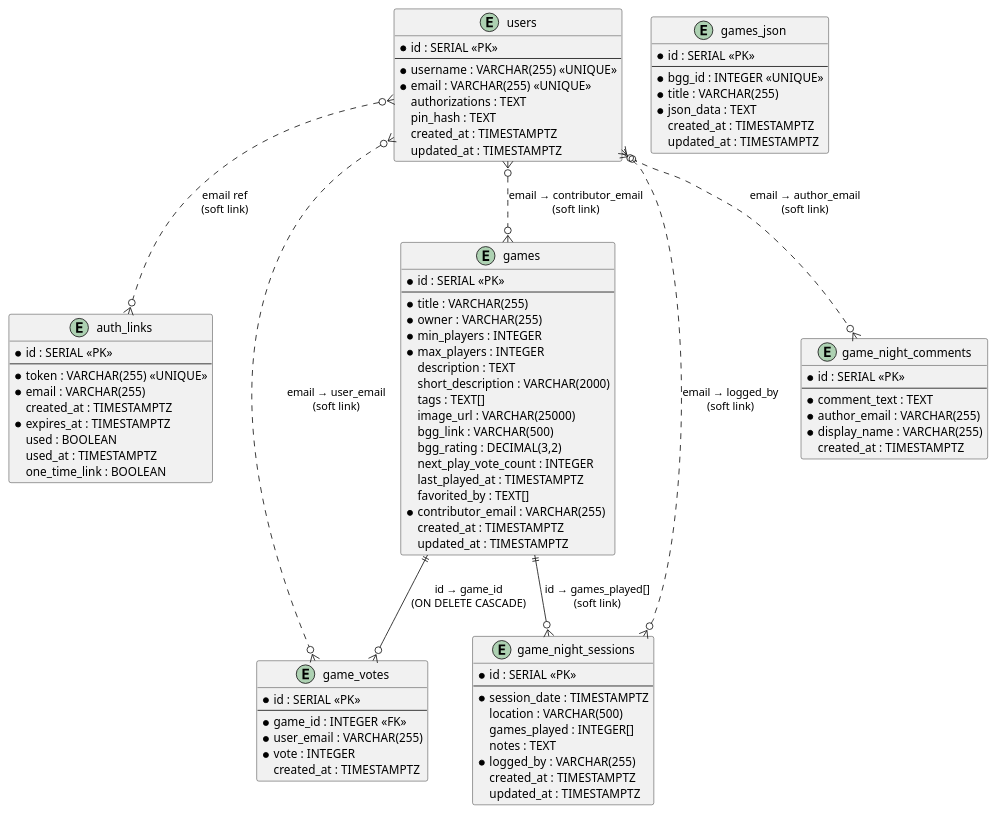
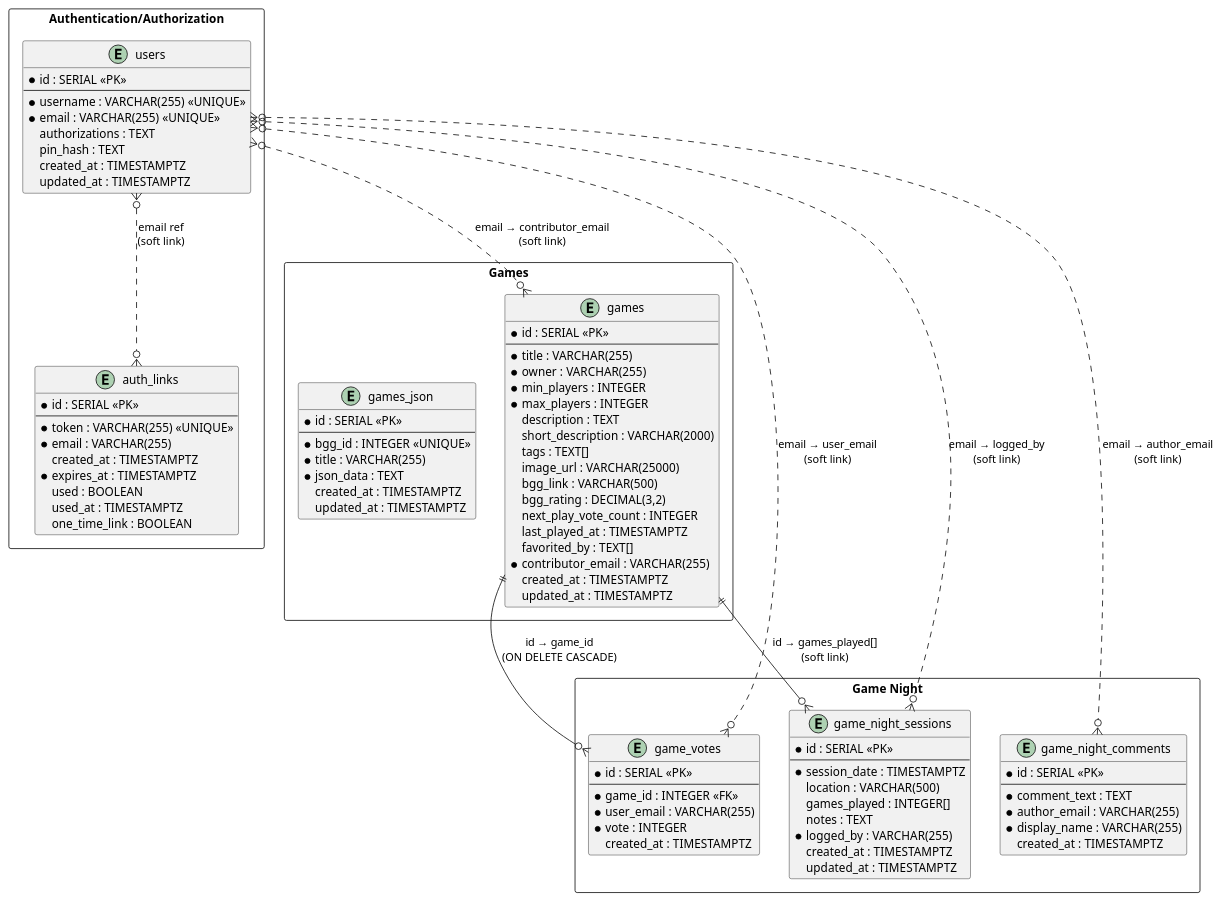
One commit to leshmark/gamegroup changed the sixth of 6 diagrams in Game Group Site.md. Above: the diagram before and after it, drawn with PlantUML. The commit also changed other lines of this file and 4 other files, not shown here.

````diff
--- a/Game Group Site.md
+++ b/Game Group Site.md
@@ -830,87 +830,92 @@
 ```plantuml
 @startuml
-entity "users" {
-    * id : SERIAL <<PK>>
-    --
-    * username : VARCHAR(255) <<UNIQUE>>
-    * email : VARCHAR(255) <<UNIQUE>>
-    authorizations : TEXT
-    pin_hash : TEXT
-    created_at : TIMESTAMPTZ
-    updated_at : TIMESTAMPTZ
+rectangle "Authentication/Authorization" {
+    entity "users" {
+        * id : SERIAL <<PK>>
+        --
+        * username : VARCHAR(255) <<UNIQUE>>
+        * email : VARCHAR(255) <<UNIQUE>>
+        authorizations : TEXT
+        pin_hash : TEXT
+        created_at : TIMESTAMPTZ
+        updated_at : TIMESTAMPTZ
+    }
+
+    entity "auth_links" {
+        * id : SERIAL <<PK>>
+        --
+        * token : VARCHAR(255) <<UNIQUE>>
+        * email : VARCHAR(255)
+        created_at : TIMESTAMPTZ
+        * expires_at : TIMESTAMPTZ
+        used : BOOLEAN
+        used_at : TIMESTAMPTZ
+        one_time_link : BOOLEAN
+    }
+}
+rectangle "Games" {
+    entity "games" {
+        * id : SERIAL <<PK>>
+        --
+        * title : VARCHAR(255)
+        * owner : VARCHAR(255)
+        * min_players : INTEGER
+        * max_players : INTEGER
+        description : TEXT
+        short_description : VARCHAR(2000)
+        tags : TEXT[]
+        image_url : VARCHAR(25000)
+        bgg_link : VARCHAR(500)
+        bgg_rating : DECIMAL(3,2)
+        next_play_vote_count : INTEGER
+        last_played_at : TIMESTAMPTZ
+        favorited_by : TEXT[]
+        * contributor_email : VARCHAR(255)
+        created_at : TIMESTAMPTZ
+        updated_at : TIMESTAMPTZ
+    }
+
+
+    entity "games_json" {
+        * id : SERIAL <<PK>>
+        --
+        * bgg_id : INTEGER <<UNIQUE>>
+        * title : VARCHAR(255)
+        * json_data : TEXT
+        created_at : TIMESTAMPTZ
+        updated_at : TIMESTAMPTZ
+    }
 }
 
-entity "auth_links" {
-    * id : SERIAL <<PK>>
-    --
-    * token : VARCHAR(255) <<UNIQUE>>
-    * email : VARCHAR(255)
-    created_at : TIMESTAMPTZ
-    * expires_at : TIMESTAMPTZ
-    used : BOOLEAN
-    used_at : TIMESTAMPTZ
-    one_time_link : BOOLEAN
-}
+rectangle "Game Night" {
+    entity "game_votes" {
+        * id : SERIAL <<PK>>
+        --
+        * game_id : INTEGER <<FK>>
+        * user_email : VARCHAR(255)
+        * vote : INTEGER
+        created_at : TIMESTAMPTZ
+    }
+    entity "game_night_sessions" {
+        * id : SERIAL <<PK>>
+        --
+        * session_date : TIMESTAMPTZ
+        location : VARCHAR(500)
+        games_played : INTEGER[]
+        notes : TEXT
+        * logged_by : VARCHAR(255)
+        created_at : TIMESTAMPTZ
+        updated_at : TIMESTAMPTZ
+    }
 
-entity "games" {
-    * id : SERIAL <<PK>>
-    --
-    * title : VARCHAR(255)
-    * owner : VARCHAR(255)
-    * min_players : INTEGER
-    * max_players : INTEGER
-    description : TEXT
-    short_description : VARCHAR(2000)
-    tags : TEXT[]
-    image_url : VARCHAR(25000)
-    bgg_link : VARCHAR(500)
-    bgg_rating : DECIMAL(3,2)
-    next_play_vote_count : INTEGER
-    last_played_at : TIMESTAMPTZ
-    favorited_by : TEXT[]
-    * contributor_email : VARCHAR(255)
-    created_at : TIMESTAMPTZ
-    updated_at : TIMESTAMPTZ
-}
-
-entity "game_votes" {
-    * id : SERIAL <<PK>>
-    --
-    * game_id : INTEGER <<FK>>
-    * user_email : VARCHAR(255)
-    * vote : INTEGER
-    created_at : TIMESTAMPTZ
-}
-
-entity "games_json" {
-    * id : SERIAL <<PK>>
-    --
-    * bgg_id : INTEGER <<UNIQUE>>
-    * title : VARCHAR(255)
-    * json_data : TEXT
-    created_at : TIMESTAMPTZ
-    updated_at : TIMESTAMPTZ
-}
-
-entity "game_night_sessions" {
-    * id : SERIAL <<PK>>
-    --
-    * session_date : TIMESTAMPTZ
-    location : VARCHAR(500)
-    games_played : INTEGER[]
-    notes : TEXT
-    * logged_by : VARCHAR(255)
-    created_at : TIMESTAMPTZ
-    updated_at : TIMESTAMPTZ
-}
-
-entity "game_night_comments" {
-    * id : SERIAL <<PK>>
-    --
-    * comment_text : TEXT
-    * author_email : VARCHAR(255)
-    * display_name : VARCHAR(255)
-    created_at : TIMESTAMPTZ
+    entity "game_night_comments" {
+        * id : SERIAL <<PK>>
+        --
+        * comment_text : TEXT
+        * author_email : VARCHAR(255)
+        * display_name : VARCHAR(255)
+        created_at : TIMESTAMPTZ
+    }
 }
 
 games ||--o{ game_votes : "id → game_id\n(ON DELETE CASCADE)"
````
